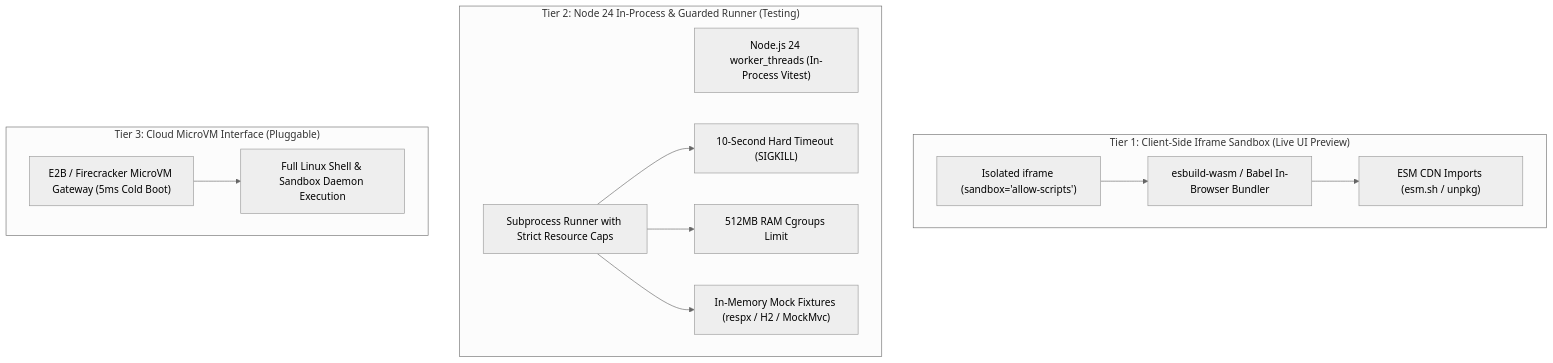
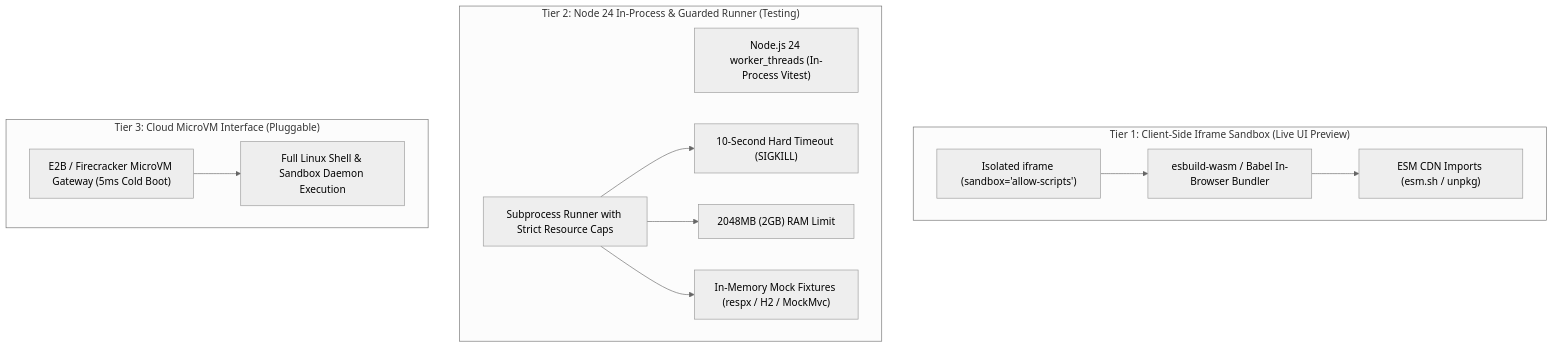
The fourth of 6 diagrams in docs/architecture.md (SakuraCianna/LegacyCodeModernizer), drawn with Mermaid (neutral theme) before and after one commit. The commit also changed other lines of this file and 1 other file, not shown here.

Commit message:
docs: 调高沙箱单任务内存上限预算至 2048MB (2GB)

````diff
--- a/docs/architecture.md
+++ b/docs/architecture.md
@@ -169,27 +169,27 @@
 ```mermaid
 graph TD
     subgraph Tier1_Client ["Tier 1: Client-Side Iframe Sandbox (Live UI Preview)"]
         Iframe["Isolated iframe (sandbox='allow-scripts')"]
         EsbuildWasm["esbuild-wasm / Babel In-Browser Bundler"]
         EsmCDN["ESM CDN Imports (esm.sh / unpkg)"]
         Iframe --> EsbuildWasm
         EsbuildWasm --> EsmCDN
     end
 
     subgraph Tier2_Backend ["Tier 2: Node 24 In-Process & Guarded Runner (Testing)"]
         NodeWorkers["Node.js 24 worker_threads (In-Process Vitest)"]
         GuardedProcess["Subprocess Runner with Strict Resource Caps"]
         TimeoutGuard["10-Second Hard Timeout (SIGKILL)"]
-        MemoryCap["512MB RAM Cgroups Limit"]
+        MemoryCap["2048MB (2GB) RAM Limit"]
         MockStubs["In-Memory Mock Fixtures (respx / H2 / MockMvc)"]
         GuardedProcess --> TimeoutGuard
         GuardedProcess --> MemoryCap
         GuardedProcess --> MockStubs
     end
 
     subgraph Tier3_Enterprise ["Tier 3: Cloud MicroVM Interface (Pluggable)"]
         E2B_Adapter["E2B / Firecracker MicroVM Gateway (5ms Cold Boot)"]
         FullCLI["Full Linux Shell & Sandbox Daemon Execution"]
         E2B_Adapter --> FullCLI
     end
 ```
````
